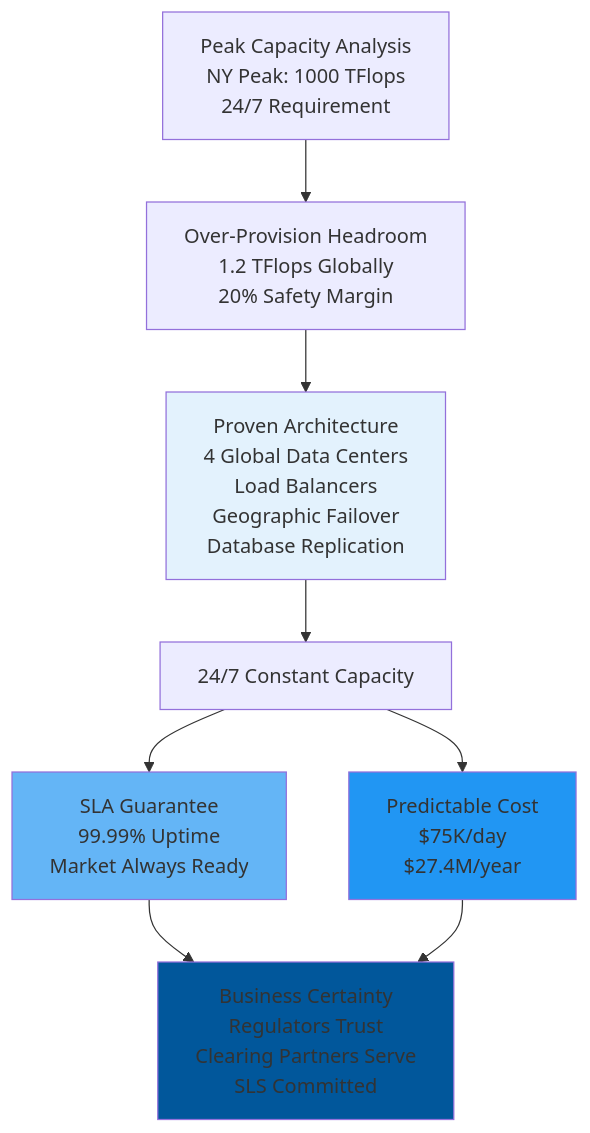
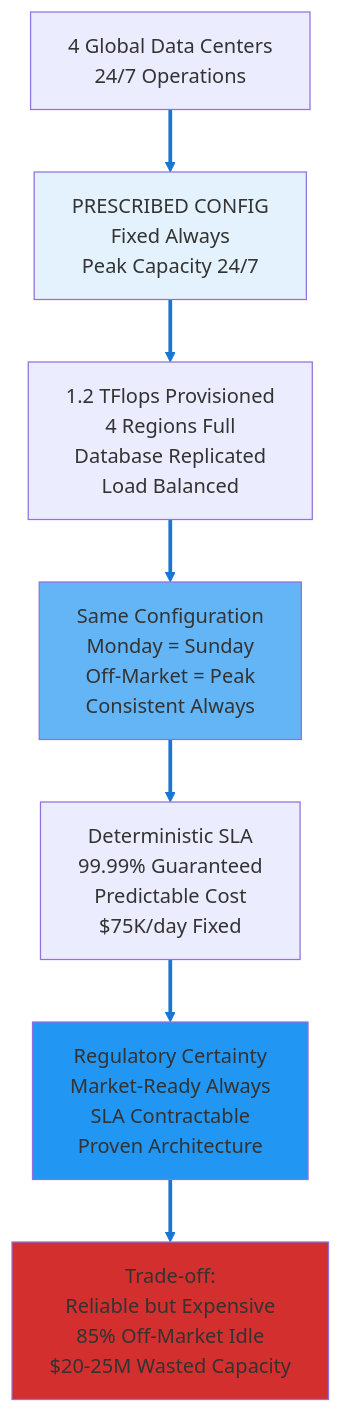
Diagram 17 of 18 in debate_shortlisted_topics_slide_prep.md (whatevergeek/agentic_vs_deterministic), drawn with Mermaid before and after one commit. The commit also changed other lines of this file, not shown here.

````diff
--- a/debate_shortlisted_topics_slide_prep.md
+++ b/debate_shortlisted_topics_slide_prep.md
@@ -707,15 +752,16 @@
 ```mermaid
 graph TD
-    A["Peak Capacity Analysis<br/>NY Peak: 1000 TFlops<br/>24/7 Requirement"] --> B["Over-Provision Headroom<br/>1.2 TFlops Globally<br/>20% Safety Margin"]
-    B --> C["Proven Architecture<br/>4 Global Data Centers<br/>Load Balancers<br/>Geographic Failover<br/>Database Replication"]
-    C --> D["24/7 Constant Capacity"]
-    D --> E["SLA Guarantee<br/>99.99% Uptime<br/>Market Always Ready"]
-    D --> F["Predictable Cost<br/>$75K/day<br/>$27.4M/year"]
-    E --> G["Business Certainty<br/>Regulators Trust<br/>Clearing Partners Serve<br/>SLS Committed"]
-    F --> G
+    A["4 Global Data Centers<br/>24/7 Operations"] --> B["PRESCRIBED CONFIG<br/>Fixed Always<br/>Peak Capacity 24/7"]
+    B --> C["1.2 TFlops Provisioned<br/>4 Regions Full<br/>Database Replicated<br/>Load Balanced"]
+    C --> D["Same Configuration<br/>Monday = Sunday<br/>Off-Market = Peak<br/>Consistent Always"]
+    D --> E["Deterministic SLA<br/>99.99% Guaranteed<br/>Predictable Cost<br/>$75K/day Fixed"]
+    E --> F["Regulatory Certainty<br/>Market-Ready Always<br/>SLA Contractable<br/>Proven Architecture"]
+    F --> G["Trade-off:<br/>Reliable but Expensive<br/>85% Off-Market Idle<br/>$20-25M Wasted Capacity"]
     
-    style C fill:#e3f2fd
-    style E fill:#64b5f6
+    style B fill:#e3f2fd
+    style D fill:#64b5f6
     style F fill:#2196f3
-    style G fill:#01579b
+    style G fill:#d32f2f
+    
+    linkStyle 0,1,2,3,4,5 stroke:#1976d2,stroke-width:3px
 ```
````
